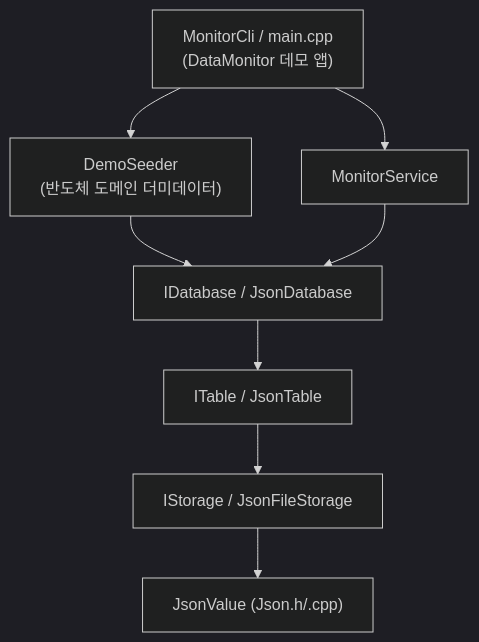
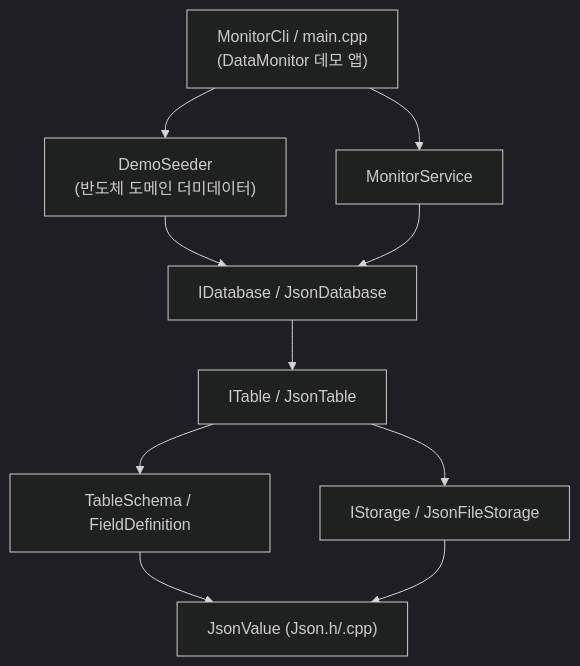
The diagram in docs/ARCHITECTURE.md (DellaCelina/DataMonitor-dellacelina-1), drawn with Mermaid (dark theme) before and after one commit. The commit also changed other lines of this file and 18 other files, not shown here.

First line of the commit message:
Add DB-style schema management: define/alter schema, constraints, validation

````diff
--- a/docs/ARCHITECTURE.md
+++ b/docs/ARCHITECTURE.md
@@ -46,18 +52,21 @@
 ```mermaid
 flowchart TB
     CLI["MonitorCli / main.cpp<br/>(DataMonitor 데모 앱)"]
     Seeder["DemoSeeder<br/>(반도체 도메인 더미데이터)"]
     Service["MonitorService"]
     DB["IDatabase / JsonDatabase"]
     Table["ITable / JsonTable"]
+    Schema["TableSchema / FieldDefinition"]
     Storage["IStorage / JsonFileStorage"]
     Json["JsonValue (Json.h/.cpp)"]
 
     CLI --> Service
     Seeder --> DB
     CLI --> Seeder
     Service --> DB
     DB --> Table
+    Table --> Schema
     Table --> Storage
+    Schema --> Json
     Storage --> Json
 ```
````
